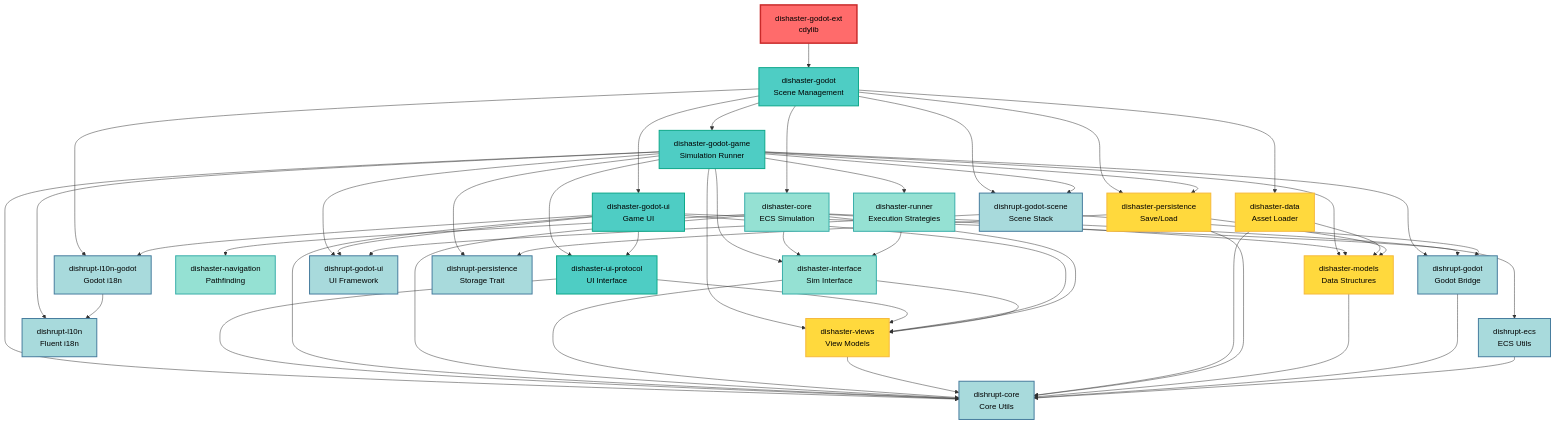
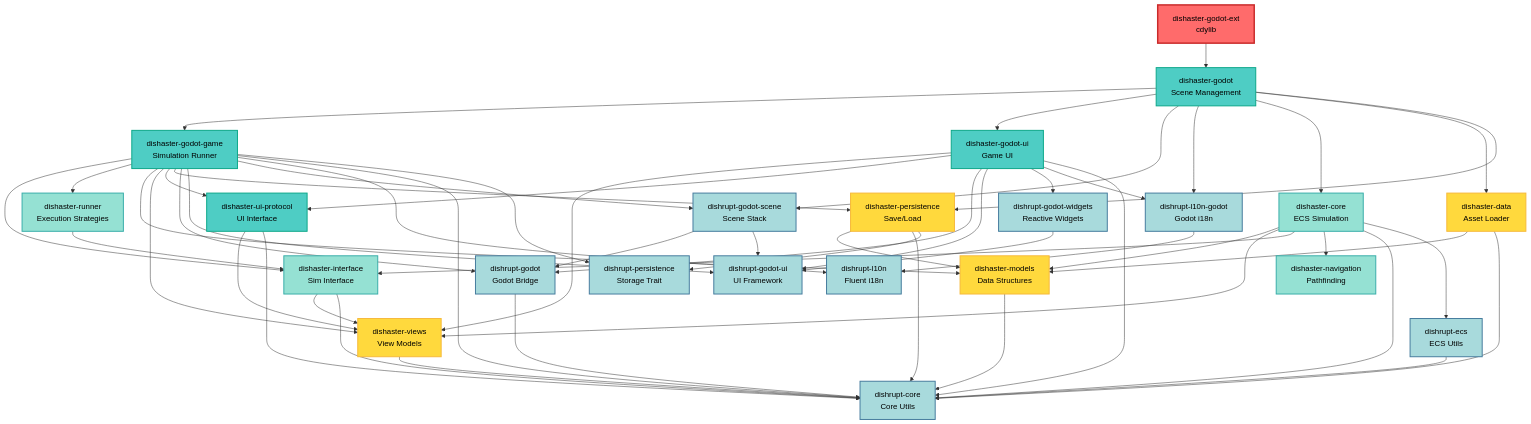
One commit to QuadnucYard/dishaster changed the diagram in crates/README.md. Above: the diagram before and after it, drawn with Mermaid. The commit also changed other lines of this file and 22 other files, not shown here.

Commit message:
refactor: extract widgets from `dishrupt-godot-ui` into `dishrupt-godot-widgets`

````diff
--- a/crates/README.md
+++ b/crates/README.md
@@ -280,6 +289,7 @@
     %% Framework - Godot
     d-godot[dishrupt-godot<br/>Godot Bridge]
     d-godot-ui[dishrupt-godot-ui<br/>UI Framework]
+    d-godot-widgets[dishrupt-godot-widgets<br/>Reactive Widgets]
     d-godot-scene[dishrupt-godot-scene<br/>Scene Stack]
     d-l10n-godot[dishrupt-l10n-godot<br/>Godot i18n]
 
@@ -325,8 +335,11 @@
     godot-ui --> ui-protocol
     godot-ui --> d-godot
     godot-ui --> d-godot-ui
+    godot-ui --> d-godot-widgets
     godot-ui --> d-l10n-godot
     godot-ui --> d-core
+
+    d-godot-widgets --> d-godot-ui
 
     %% Core simulation deps
     core --> models
@@ -374,5 +387,5 @@
     class godot,godot-game,godot-ui,ui-protocol game
     class core,interface,runner,nav sim
     class models,views,data,persist data
-    class d-core,d-ecs,d-godot,d-godot-ui,d-godot-scene,d-persist,d-l10n,d-l10n-godot framework
+    class d-core,d-ecs,d-godot,d-godot-ui,d-godot-widgets,d-godot-scene,d-persist,d-l10n,d-l10n-godot framework
 ```
````
